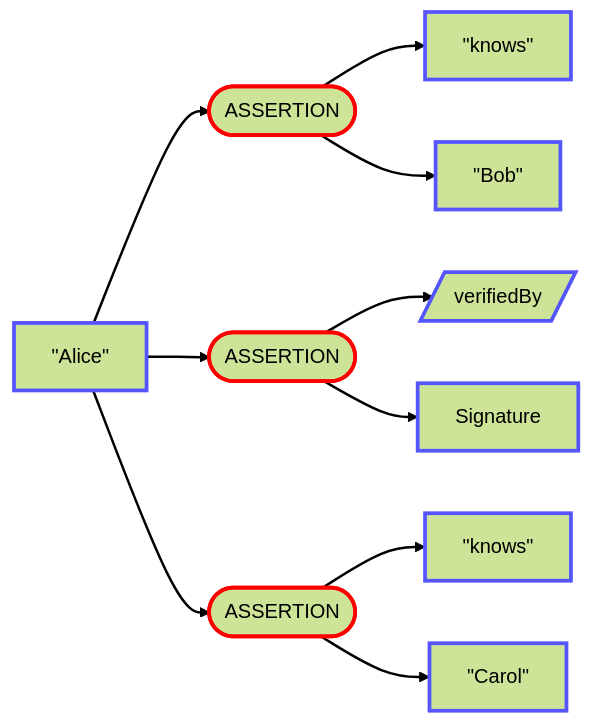
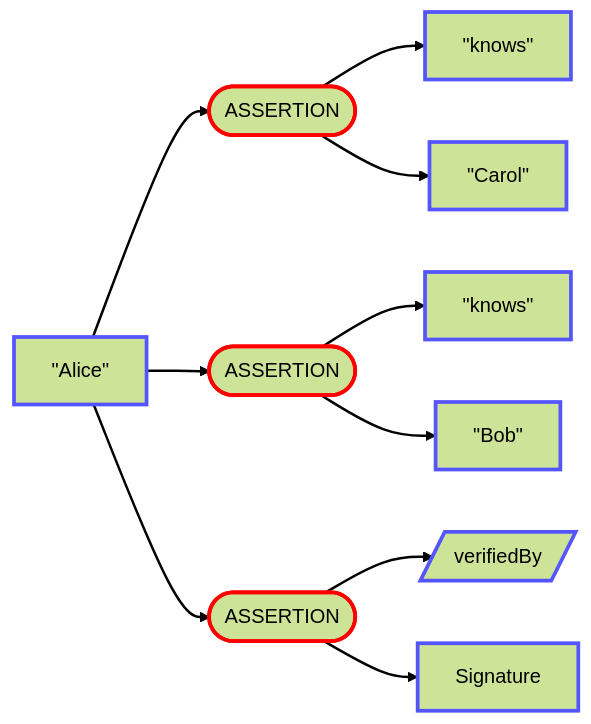
Diagram 12 of 26 in Envelope/OutputFormats.md (BlockchainCommons/Gordian), drawn with Mermaid (forest theme) before and after one commit. The commit also changed other lines of this file and 6 other files, not shown here.

````diff
--- a/Envelope/OutputFormats.md
+++ b/Envelope/OutputFormats.md
@@ -443,41 +494,41 @@
 ```mermaid
 graph LR
     1["#quot;Alice#quot;"]
     2(["ASSERTION"])
     3["#quot;knows#quot;"]
-    4["#quot;Bob#quot;"]
+    4["#quot;Carol#quot;"]
     5(["ASSERTION"])
-    6[/"verifiedBy"/]
-    7["Signature"]
+    6["#quot;knows#quot;"]
+    7["#quot;Bob#quot;"]
     8(["ASSERTION"])
-    9["#quot;knows#quot;"]
-    10["#quot;Carol#quot;"]
+    9[/"verifiedBy"/]
+    10["Signature"]
     1 --> 2
     2 --> 3
     2 --> 4
     1 --> 5
     5 --> 6
     5 --> 7
     1 --> 8
     8 --> 9
     8 --> 10
     style 1 stroke:#55f,stroke-width:3.0px
     style 2 stroke:red,stroke-width:3.0px
     style 3 stroke:#55f,stroke-width:3.0px
     style 4 stroke:#55f,stroke-width:3.0px
     style 5 stroke:red,stroke-width:3.0px
     style 6 stroke:#55f,stroke-width:3.0px
     style 7 stroke:#55f,stroke-width:3.0px
     style 8 stroke:red,stroke-width:3.0px
     style 9 stroke:#55f,stroke-width:3.0px
     style 10 stroke:#55f,stroke-width:3.0px
     linkStyle 0 stroke-width:2.0px
     linkStyle 1 stroke-width:2.0px
     linkStyle 2 stroke-width:2.0px
     linkStyle 3 stroke-width:2.0px
     linkStyle 4 stroke-width:2.0px
     linkStyle 5 stroke-width:2.0px
     linkStyle 6 stroke-width:2.0px
     linkStyle 7 stroke-width:2.0px
     linkStyle 8 stroke-width:2.0px
 ```
````
